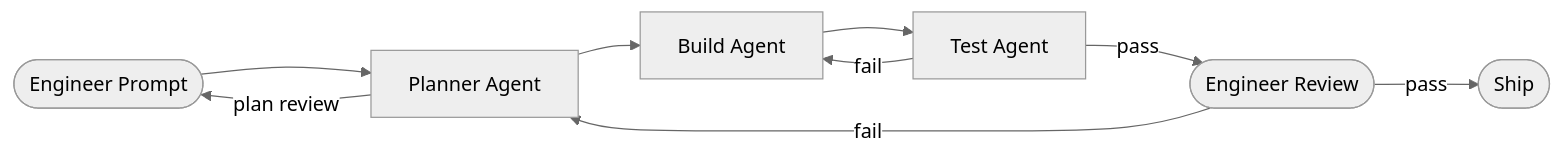
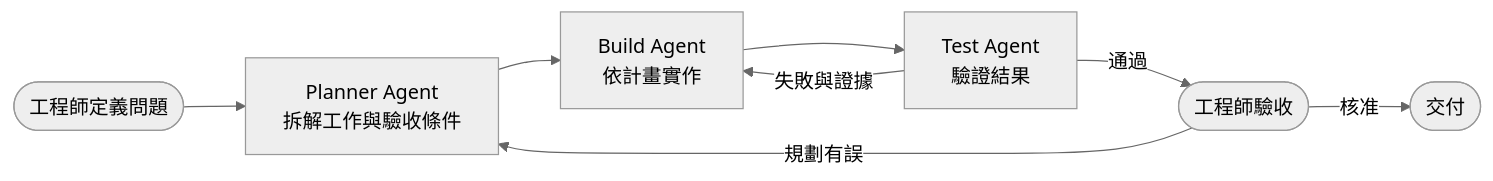
The sixth of 11 diagrams in README.md (shaun-agent/agentic-coding-development-toolkit), drawn with Mermaid (neutral theme) before and after one commit. The commit also changed other lines of this file and 1 other file, not shown here.

````diff
--- a/README.md
+++ b/README.md
@@ -193,17 +116,15 @@
 ```mermaid
 flowchart LR
-    s07_prompt_human(["Engineer Prompt"])
-    s07_plan_agent["Planner Agent"]
-    s07_build_agent["Build Agent"]
-    s07_test_agent["Test Agent"]
-    s07_review_human(["Engineer Review"])
-    s07_ship_human(["Ship"])
+    intent(["工程師定義問題"])
+    plan["Planner Agent<br/>拆解工作與驗收條件"]
+    build["Build Agent<br/>依計畫實作"]
+    test["Test Agent<br/>驗證結果"]
+    review(["工程師驗收"])
+    ship(["交付"])
 
-    s07_prompt_human --> s07_plan_agent
-    s07_plan_agent -->|plan review| s07_prompt_human
-    s07_plan_agent --> s07_build_agent --> s07_test_agent
-    s07_test_agent -->|fail| s07_build_agent
-    s07_test_agent -->|pass| s07_review_human
-    s07_review_human -->|fail| s07_plan_agent
-    s07_review_human -->|pass| s07_ship_human
+    intent --> plan --> build --> test
+    test -->|失敗與證據| build
+    test -->|通過| review
+    review -->|規劃有誤| plan
+    review -->|核准| ship
 ```
````
